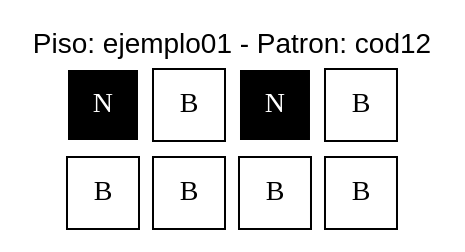
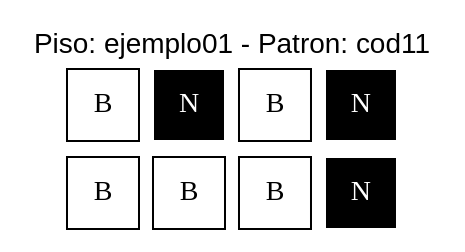
Before and after one commit to D3r3-k/IPC2_Proyecto1_202001151: the diagram in renders/render.dot, drawn with Graphviz. The commit also changed 6 other files, not shown here.

```diff
--- a/renders/render.dot
+++ b/renders/render.dot
@@ -1,15 +1,15 @@
 digraph {
-	fontname=arial fontsize=14 label="Piso: ejemplo01 - Patron: cod12" labelloc=t nodesep=0.1 ranksep=0.1
-	00 [label=N color=white fillcolor=black fontcolor=white shape=square style=filled]
-	01 [label=B fillcolor=white shape=square style=filled]
-	02 [label=N color=white fillcolor=black fontcolor=white shape=square style=filled]
-	03 [label=B fillcolor=white shape=square style=filled]
+	fontname=arial fontsize=14 label="Piso: ejemplo01 - Patron: cod11" labelloc=t nodesep=0.1 ranksep=0.1
+	00 [label=B fillcolor=white shape=square style=filled]
+	01 [label=N color=white fillcolor=black fontcolor=white shape=square style=filled]
+	02 [label=B fillcolor=white shape=square style=filled]
+	03 [label=N color=white fillcolor=black fontcolor=white shape=square style=filled]
 	10 [label=B fillcolor=white shape=square style=filled]
 	11 [label=B fillcolor=white shape=square style=filled]
 	12 [label=B fillcolor=white shape=square style=filled]
-	13 [label=B fillcolor=white shape=square style=filled]
+	13 [label=N color=white fillcolor=black fontcolor=white shape=square style=filled]
 	00 -> 10 [style=invis]
 	01 -> 11 [style=invis]
 	02 -> 12 [style=invis]
 	03 -> 13 [style=invis]
 }
```
